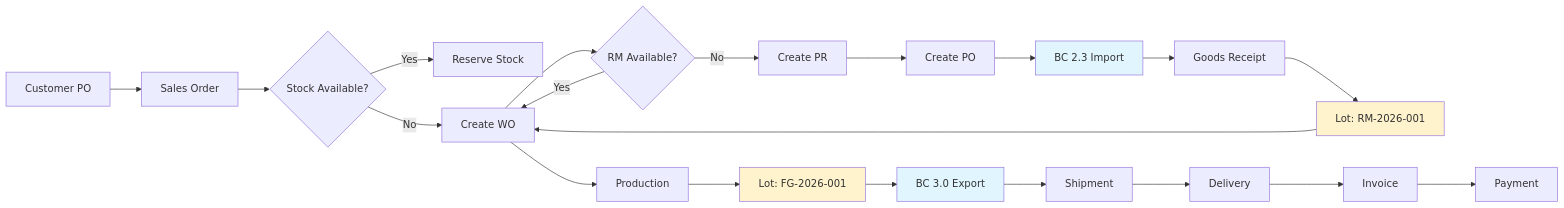
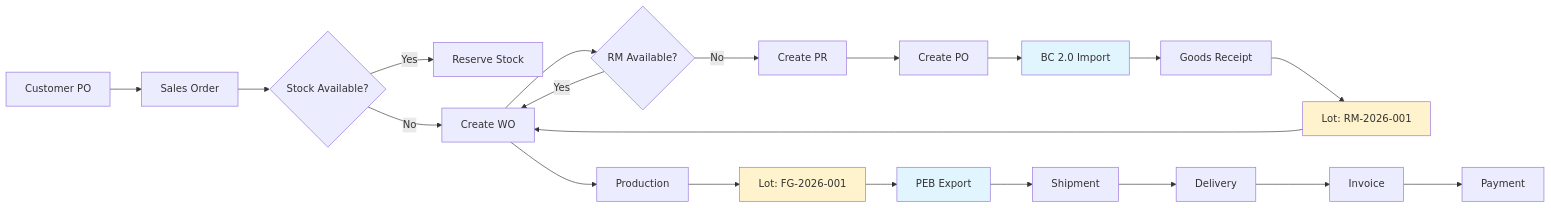
The second of 2 diagrams in public/docs/platform_overview.md (batalngantuk/jkj), drawn with Mermaid before and after one commit. The commit also changed other lines of this file and 3 other files, not shown here.

````diff
--- a/public/docs/platform_overview.md
+++ b/public/docs/platform_overview.md
@@ -442,27 +447,27 @@
 ```mermaid
 graph LR
     A[Customer PO] --> B[Sales Order]
     B --> C{Stock Available?}
     C -->|Yes| D[Reserve Stock]
     C -->|No| E[Create WO]
     E --> F{RM Available?}
     F -->|No| G[Create PR]
     G --> H[Create PO]
-    H --> I[BC 2.3 Import]
+    H --> I[BC 2.0 Import]
     I --> J[Goods Receipt]
     J --> K[Lot: RM-2026-001]
     K --> E
     F -->|Yes| E
     E --> L[Production]
     L --> M[Lot: FG-2026-001]
-    M --> N[BC 3.0 Export]
+    M --> N[PEB Export]
     N --> O[Shipment]
     O --> P[Delivery]
     P --> Q[Invoice]
     Q --> R[Payment]
 
     style I fill:#e1f5ff
     style N fill:#e1f5ff
     style K fill:#fff3cd
     style M fill:#fff3cd
 ```
````
